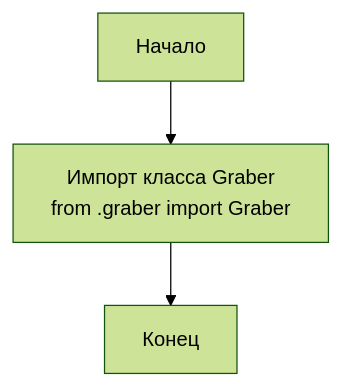
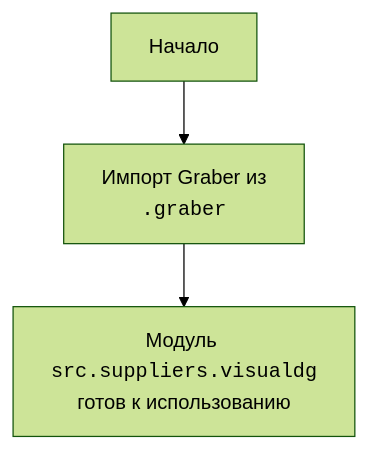
One commit to hypo69/hypo changed the diagram in docs/gemini/ru/explainer/src/suppliers/visualdg/__init__.py.md. Above: the diagram before and after it, drawn with Mermaid (forest theme). The commit also changed other lines of this file and 1505 other files, not shown here.

````diff
--- a/docs/gemini/ru/explainer/src/suppliers/visualdg/__init__.py.md
+++ b/docs/gemini/ru/explainer/src/suppliers/visualdg/__init__.py.md
@@ -26,5 +12,5 @@
 ```mermaid
 flowchart TD
-    Start[Начало] --> ImportGraber[Импорт класса Graber <br> from .graber import Graber]
-    ImportGraber --> End[Конец]
+    Start[Начало] --> ImportGraber[Импорт Graber из <br><code>.graber</code>]
+    ImportGraber --> ModuleReady[Модуль <code>src.suppliers.visualdg</code><br>готов к использованию]
 ```
````
